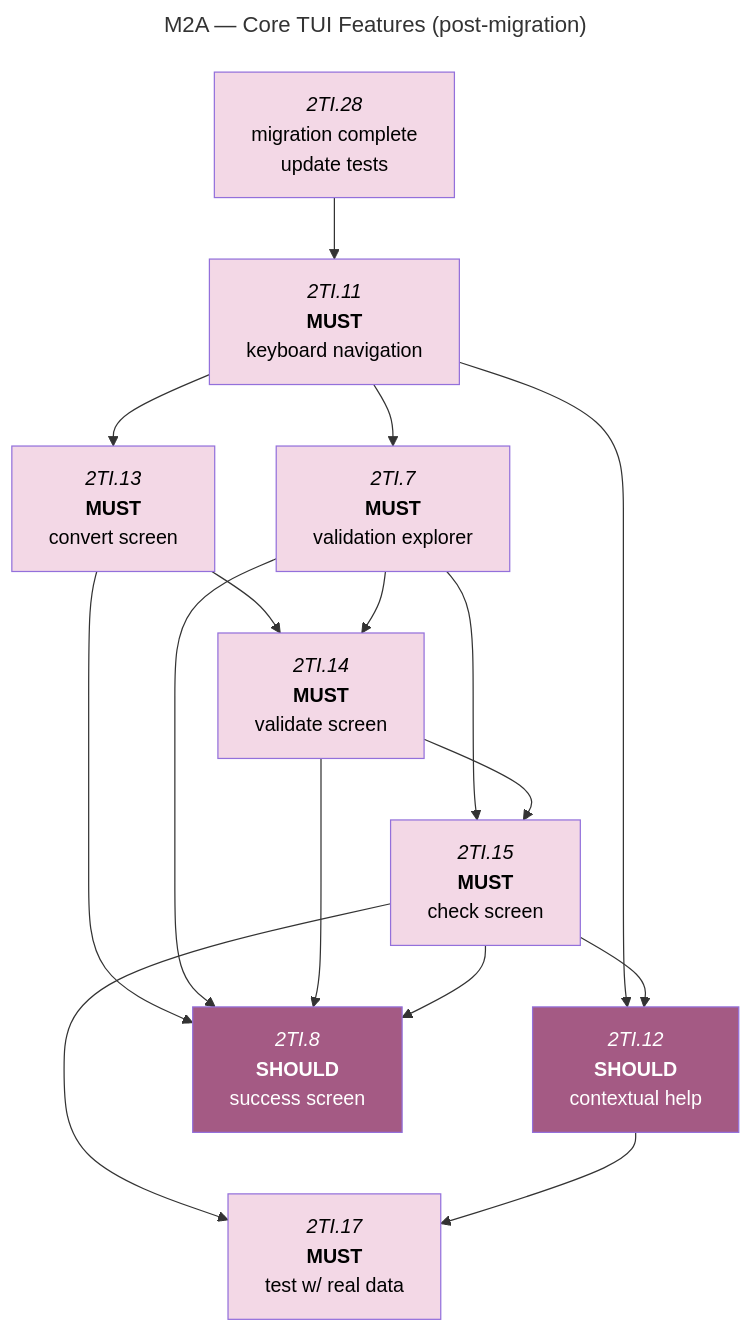
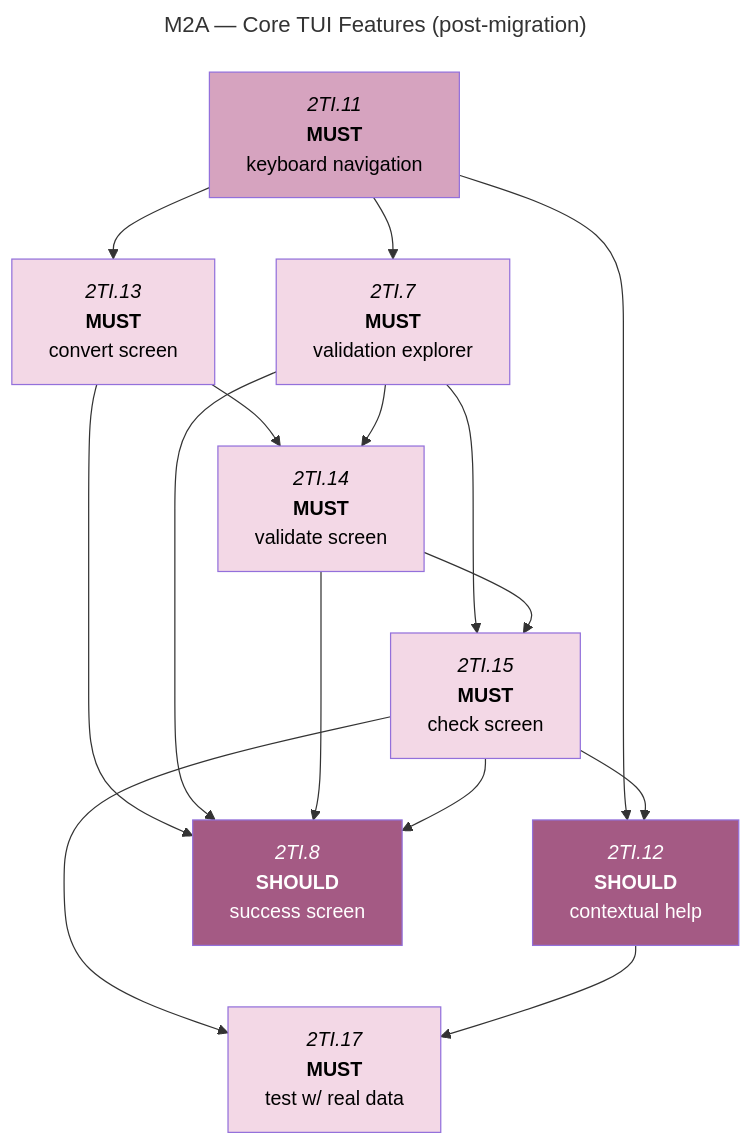
Before and after one commit to foundersandcoders/iris: the second of 5 diagrams in docs/roadmaps/phase-1-mvp-features.md, drawn with Mermaid. The commit also changed other lines of this file, not shown here.

Commit message:
docs: update roadmap

````diff
--- a/docs/roadmaps/phase-1-mvp-features.md
+++ b/docs/roadmaps/phase-1-mvp-features.md
@@ -170,30 +148,28 @@
 ```mermaid
 ---
 title: M2A — Core TUI Features (post-migration)
 ---
 graph TD
 
-2TI.28["`*2TI.28*<br/>migration complete<br/>update tests`"]:::must-blocked --> 2TI.11
-
-2TI.11["`*2TI.11*<br/>**MUST**<br/>keyboard navigation`"]:::must-blocked --> 2TI.13 & 2TI.7 & 2TI.12
+2TI.11["`*2TI.11*<br/>**MUST**<br/>keyboard navigation`"]:::must-open --> 2TI.13 & 2TI.7 & 2TI.12
 
 2TI.13["`*2TI.13*<br/>**MUST**<br/>convert screen`"]:::must-blocked --> 2TI.14 & 2TI.8
 2TI.7["`*2TI.7*<br/>**MUST**<br/>validation explorer`"]:::must-blocked --> 2TI.14 & 2TI.15 & 2TI.8
 
 2TI.14["`*2TI.14*<br/>**MUST**<br/>validate screen`"]:::must-blocked --> 2TI.15 & 2TI.8
 2TI.15["`*2TI.15*<br/>**MUST**<br/>check screen`"]:::must-blocked --> 2TI.12 & 2TI.17 & 2TI.8
 
 2TI.12["`*2TI.12*<br/>**SHOULD**<br/>contextual help`"]:::should-blocked --> 2TI.17
 
 2TI.8["`*2TI.8*<br/>**SHOULD**<br/>success screen`"]:::should-blocked
 
 2TI.17["`*2TI.17*<br/>**MUST**<br/>test w/ real data`"]:::must-blocked
 
 classDef must-open fill:#D6A3BF,color:#000;
 classDef must-blocked fill:#F3D8E6,color:#000;
 classDef should-open fill:#6F2A52,color:#fff;
 classDef should-blocked fill:#A45A84,color:#fff;
 classDef could-open fill:#3E7F96,color:#fff;
 classDef could-blocked fill:#5FA3BA,color:#fff;
 classDef mile fill:#E8EFF6,color:#000;
 ```
````
